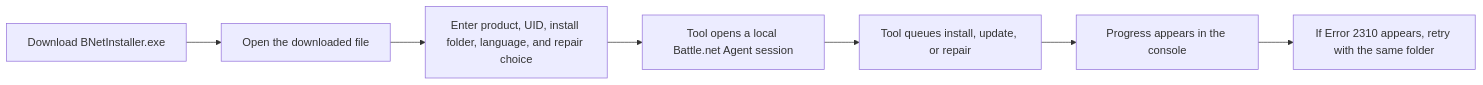
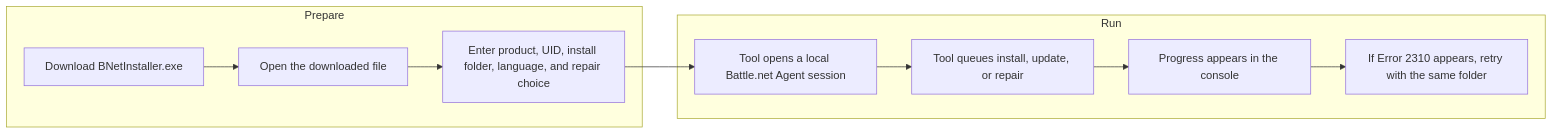
The diagram in README.md (DokPlay/Battle.Net-Installer), drawn with Mermaid before and after one commit. The commit also changed 1 other file, not shown here.

Commit message:
Reformat README diagrams into columns

````diff
--- a/README.md
+++ b/README.md
@@ -52,9 +52,12 @@
 ```mermaid
 flowchart LR
-    A["Download BNetInstaller.exe"] --> B["Open the downloaded file"]
-    B --> C["Enter product, UID, install folder, language, and repair choice"]
-    C --> D["Tool opens a local Battle.net Agent session"]
-    D --> E["Tool queues install, update, or repair"]
-    E --> F["Progress appears in the console"]
-    F --> G["If Error 2310 appears, retry with the same folder"]
+    subgraph LEFT["Prepare"]
+        A["Download BNetInstaller.exe"] --> B["Open the downloaded file"] --> C["Enter product, UID, install folder, language, and repair choice"]
+    end
+
+    subgraph RIGHT["Run"]
+        D["Tool opens a local Battle.net Agent session"] --> E["Tool queues install, update, or repair"] --> F["Progress appears in the console"] --> G["If Error 2310 appears, retry with the same folder"]
+    end
+
+    C --> D
 ```
````
